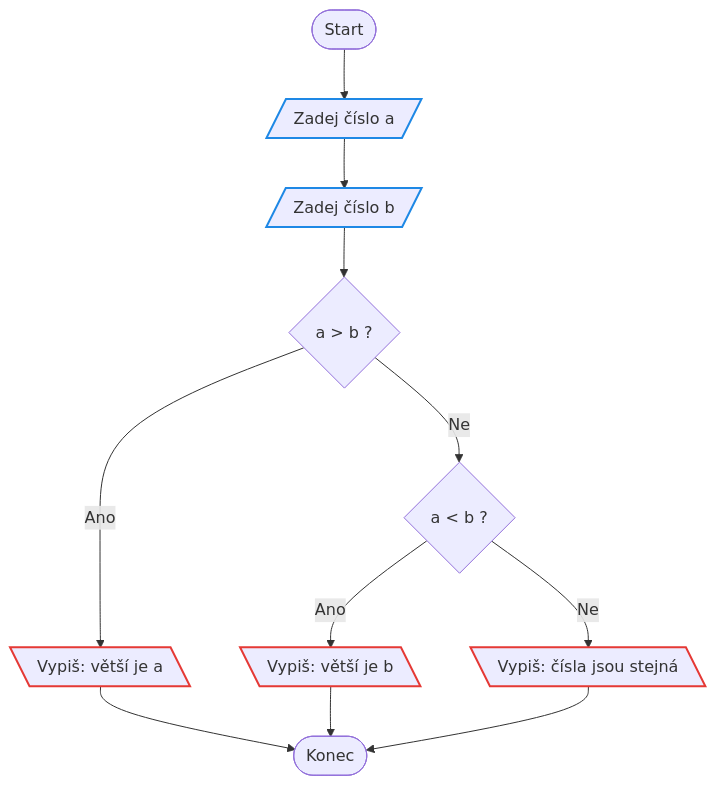
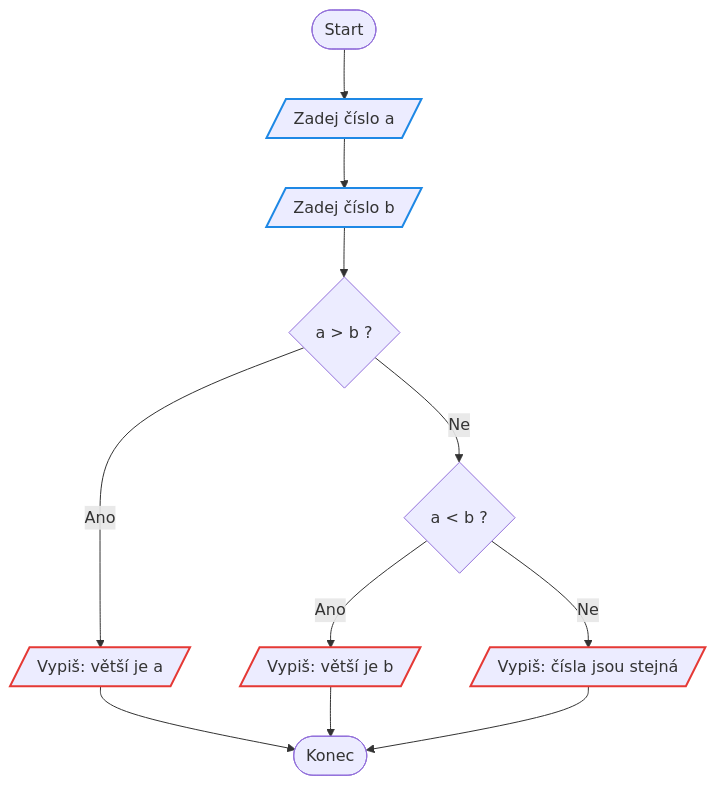
The third of 15 diagrams in 3Hodina/reseni.md (zeman-delta/Prvaci2026), drawn with Mermaid before and after one commit. The commit also changed other lines of this file and 1 other file, not shown here.

````diff
--- a/3Hodina/reseni.md
+++ b/3Hodina/reseni.md
@@ -72,18 +72,18 @@
 ```mermaid
 flowchart TD
     S([Start]) --> V1[/"Zadej číslo a"/]
     V1 --> V2[/"Zadej číslo b"/]
     V2 --> D1{"a > b ?"}
-    D1 -->|Ano| O1[\"Vypiš: větší je a"\]
+    D1 -->|Ano| O1[/"Vypiš: větší je a"/]
     D1 -->|Ne| D2{"a < b ?"}
-    D2 -->|Ano| O2[\"Vypiš: větší je b"\]
-    D2 -->|Ne| O3[\"Vypiš: čísla jsou stejná"\]
+    D2 -->|Ano| O2[/"Vypiš: větší je b"/]
+    D2 -->|Ne| O3[/"Vypiš: čísla jsou stejná"/]
     O1 --> K([Konec])
     O2 --> K
     O3 --> K
 
     classDef vstup stroke:#1e88e5,stroke-width:2px
     classDef vystup stroke:#e53935,stroke-width:2px
     class V1,V2 vstup
     class O1,O2,O3 vystup
 ```
````
